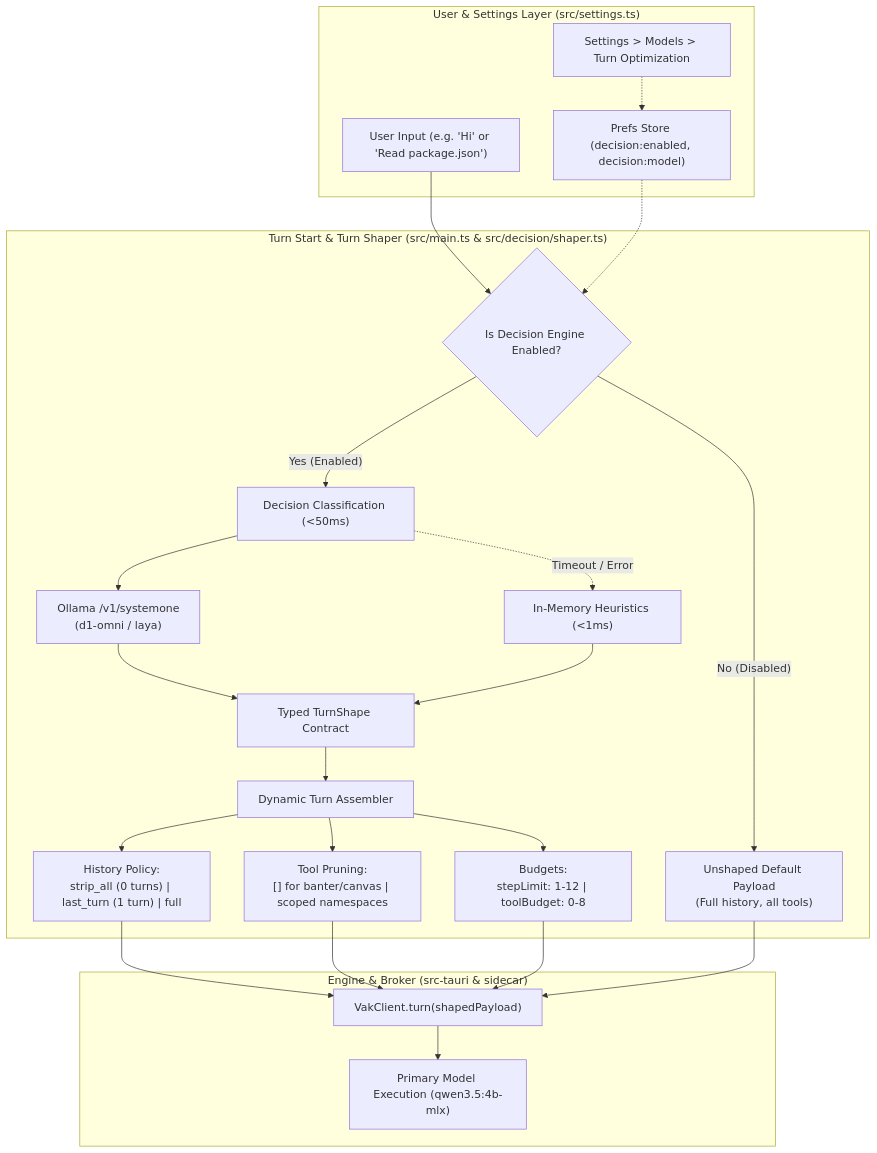
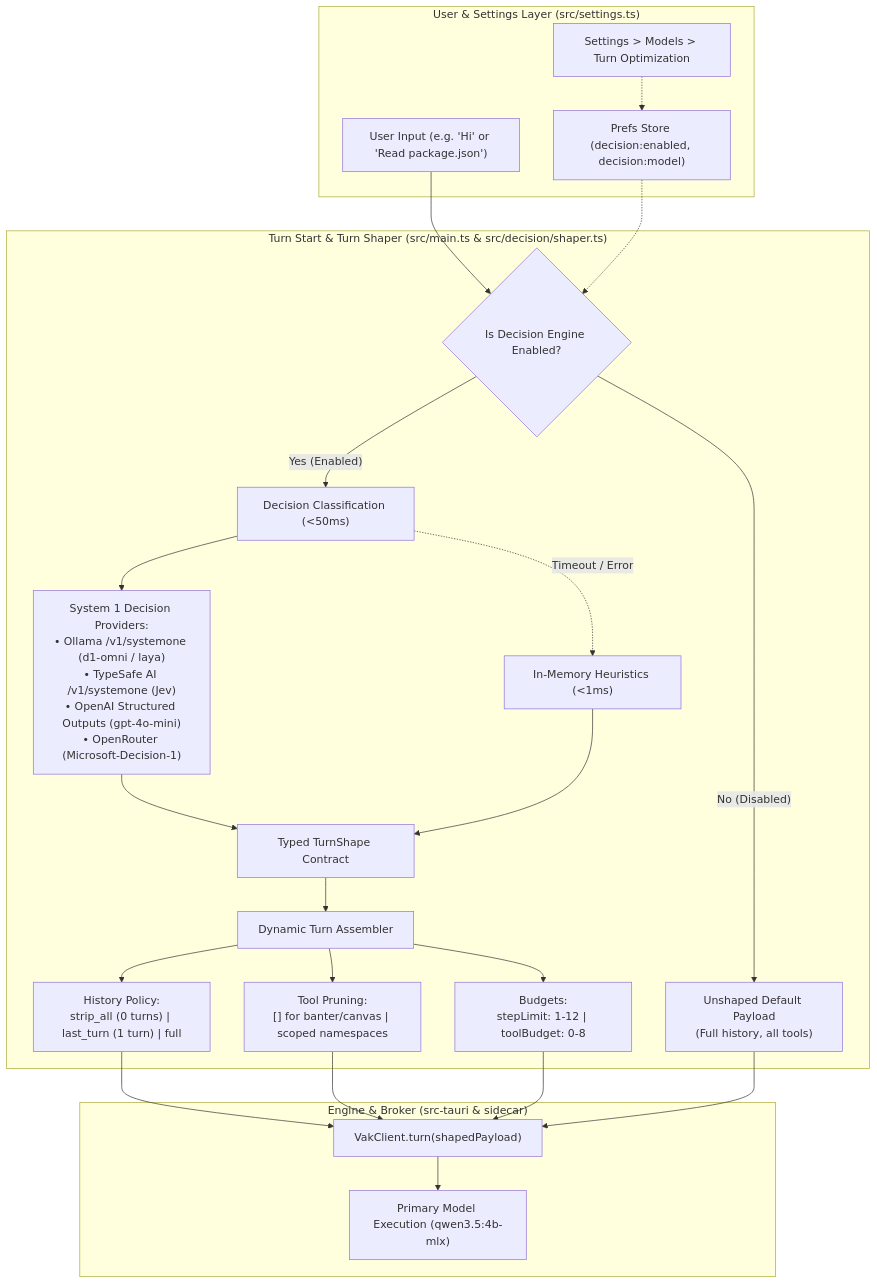
The first of 4 diagrams in docs/DECISION-MODELS.md (nranjan2code/vakyartha), drawn with Mermaid before and after one commit. The commit also changed other lines of this file and 19 other files, not shown here.

Commit message:
feat: add TypeSafe AI provider, dynamic model discovery, and official skill pack

````diff
--- a/docs/DECISION-MODELS.md
+++ b/docs/DECISION-MODELS.md
@@ -41,32 +41,32 @@
 ```mermaid
 flowchart TD
     subgraph UI ["User & Settings Layer (src/settings.ts)"]
         UserMsg["User Input (e.g. 'Hi' or 'Read package.json')"]
         SettingsUI["Settings > Models > Turn Optimization"] -.-> Prefs["Prefs Store (decision:enabled, decision:model)"]
     end
 
     subgraph TurnLifecycle ["Turn Start & Turn Shaper (src/main.ts & src/decision/shaper.ts)"]
         UserMsg --> ShaperHook{"Is Decision Engine Enabled?"}
         Prefs -.-> ShaperHook
         
         ShaperHook -- "No (Disabled)" --> UnshapedPayload["Unshaped Default Payload<br>(Full history, all tools)"]
         ShaperHook -- "Yes (Enabled)" --> DecisionCall["Decision Classification (<50ms)"]
         
-        DecisionCall --> OllamaSystemOne["Ollama /v1/systemone<br>(d1-omni / laya)"]
+        DecisionCall --> S1Providers["System 1 Decision Providers:<br>• Ollama /v1/systemone (d1-omni / laya)<br>• TypeSafe AI /v1/systemone (Jev)<br>• OpenAI Structured Outputs (gpt-4o-mini)<br>• OpenRouter (Microsoft-Decision-1)"]
         DecisionCall -. "Timeout / Error" .-> HeuristicFallback["In-Memory Heuristics (<1ms)"]
         
-        OllamaSystemOne & HeuristicFallback --> TurnShape["Typed TurnShape Contract"]
+        S1Providers & HeuristicFallback --> TurnShape["Typed TurnShape Contract"]
         
         TurnShape --> Assembler["Dynamic Turn Assembler"]
         
         Assembler --> HPolicy["History Policy:<br>strip_all (0 turns) | last_turn (1 turn) | full"]
         Assembler --> TPolicy["Tool Pruning:<br>[] for banter/canvas | scoped namespaces"]
         Assembler --> BPolicy["Budgets:<br>stepLimit: 1-12 | toolBudget: 0-8"]
     end
 
     subgraph Dispatch ["Engine & Broker (src-tauri & sidecar)"]
         HPolicy & TPolicy & BPolicy --> ClientTurn["VakClient.turn(shapedPayload)"]
         UnshapedPayload --> ClientTurn
         ClientTurn --> PrimaryModel["Primary Model Execution (qwen3.5:4b-mlx)"]
     end
 ```
````
